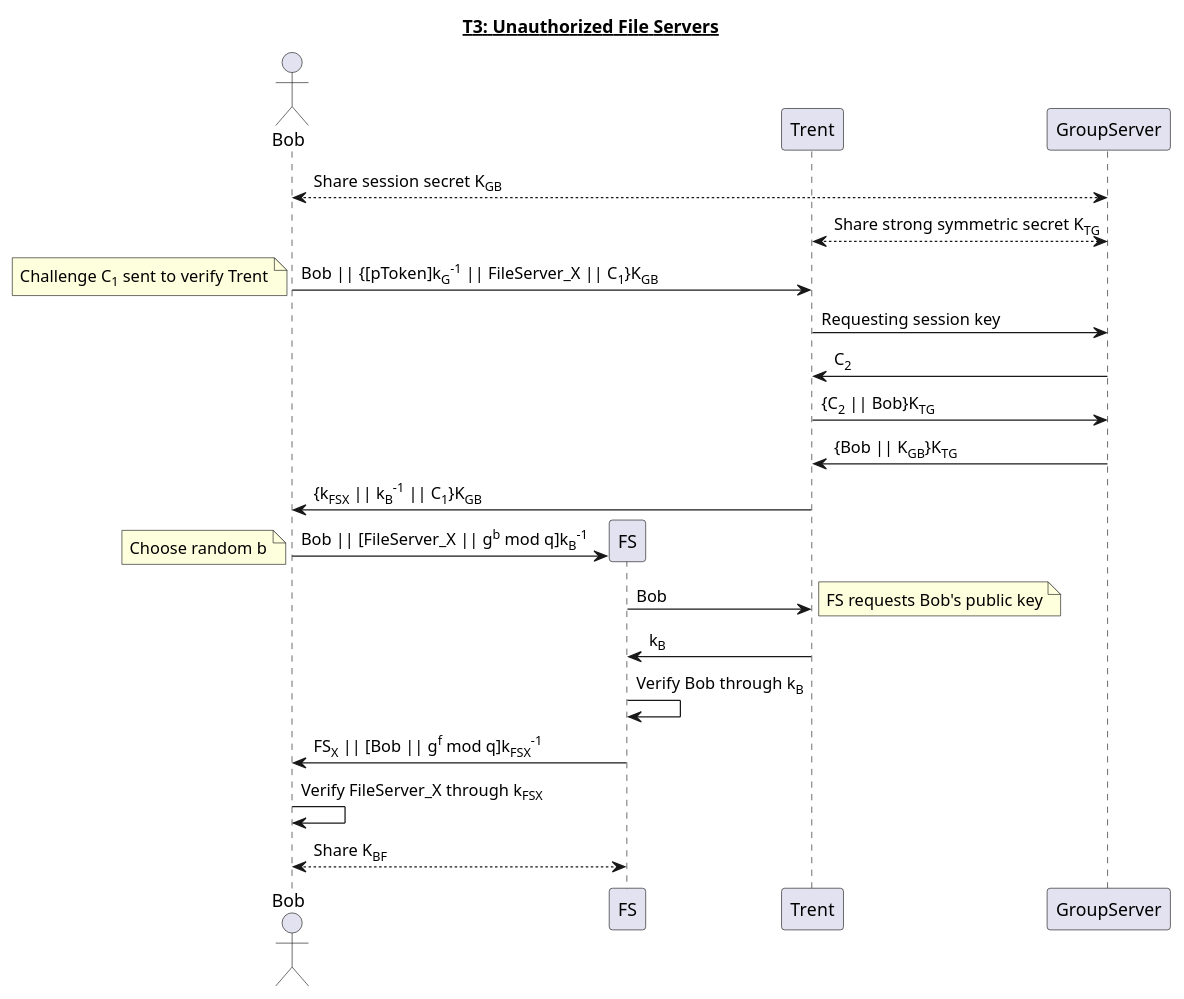
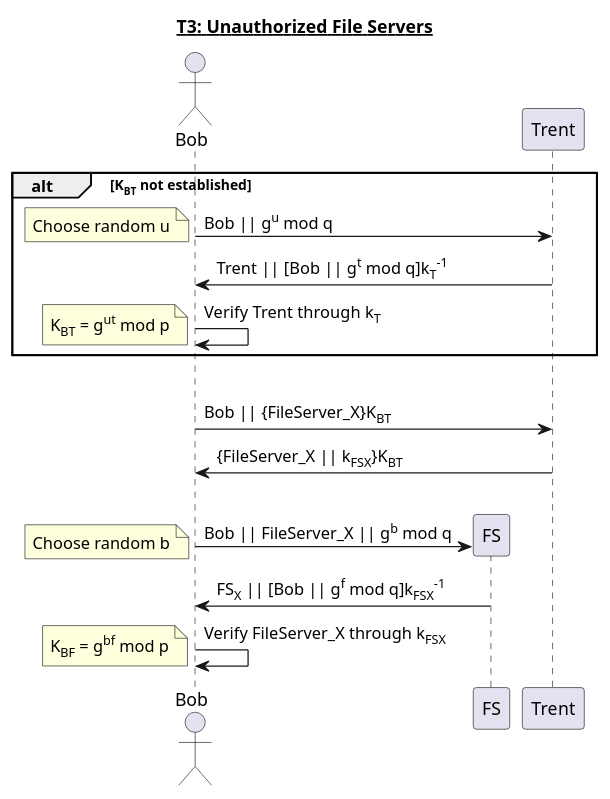
The diagram in reports/img/T3.puml (jondyer/cs1653-2017fa-jbd29-mar257-zds14), drawn with PlantUML before and after one commit. The commit also changed 7 other files, not shown here.

```diff
--- a/reports/img/T3.puml
+++ b/reports/img/T3.puml
@@ -1,31 +1,30 @@
 @startuml
 title __T3: Unauthorized File Servers__
 actor Bob
 participant FS
 participant Trent
-participant GroupServer
 
-Bob <--> GroupServer: Share session secret K<sub>GB</sub>
-GroupServer <--> Trent: Share strong symmetric secret K<sub>TG</sub>
-Bob -> Trent: Bob || {[pToken]k<sub>G</sub><sup>-1</sup> || FileServer_X || C<sub>1</sub>}K<sub>GB</sub>
-note left: Challenge C<sub>1</sub> sent to verify Trent
+alt K<sub>BT</sub> not established
+	Bob -> Trent: Bob || g<sup>u</sup> mod q
+	note left: Choose random u
+	Trent -> Bob: Trent || [Bob || g<sup>t</sup> mod q]k<sub>T</sub><sup>-1</sup>
+	Bob -> Bob: Verify Trent through k<sub>T</sub>
+	note left: K<sub>BT</sub> = g<sup>ut</sup> mod p
+end
 
-Trent -> GroupServer: Requesting session key
-GroupServer -> Trent: C<sub>2</sub>
-Trent -> GroupServer: {C<sub>2</sub> || Bob}K<sub>TG</sub>
-GroupServer -> Trent: {Bob || K<sub>GB</sub>}K<sub>TG</sub>
-Trent -> Bob: {k<sub>FSX</sub> || k<sub>B</sub><sup>-1</sup> || C<sub>1</sub>}K<sub>GB</sub>
+|||
+
+Bob -> Trent: Bob || {FileServer_X}K<sub>BT</sub>
+Trent -> Bob: {FileServer_X || k<sub>FSX</sub>}K<sub>BT</sub>
+
+|||
 
 create FS
-Bob -> FS: Bob || [FileServer_X || g<sup>b</sup> mod q]k<sub>B</sub><sup>-1</sup>
+Bob -> FS: Bob || FileServer_X || g<sup>b</sup> mod q
 note left: Choose random b
-FS -> Trent: Bob
-note right: FS requests Bob's public key
-Trent -> FS: k<sub>B</sub>
 
-FS -> FS: Verify Bob through k<sub>B</sub>
 FS -> Bob: FS<sub>X</sub> || [Bob || g<sup>f</sup> mod q]k<sub>FSX</sub><sup>-1</sup>
 Bob -> Bob: Verify FileServer_X through k<sub>FSX</sub>
+note left: K<sub>BF</sub> = g<sup>bf</sup> mod p
 
-Bob <--> FS: Share K<sub>BF</sub>
 @enduml
```
